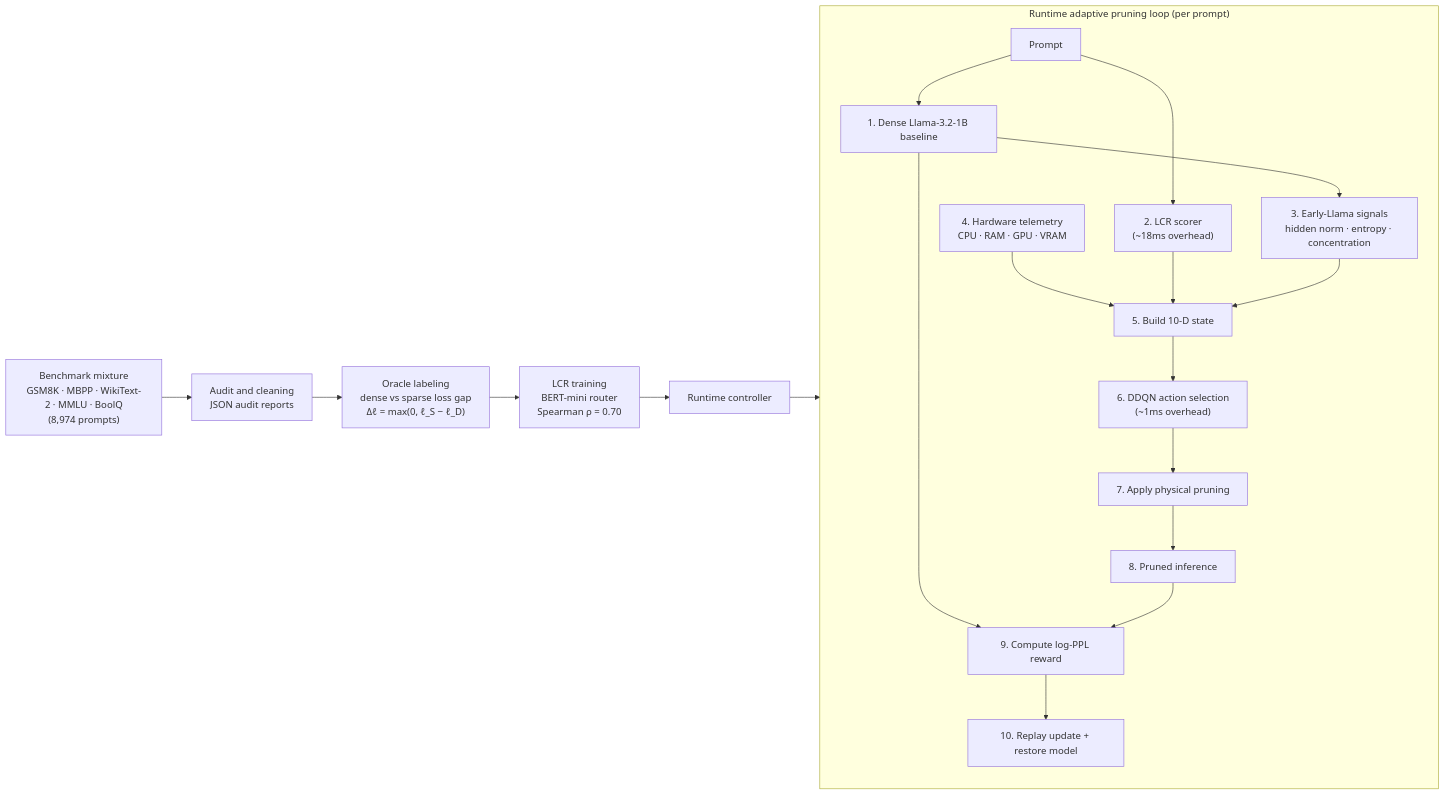
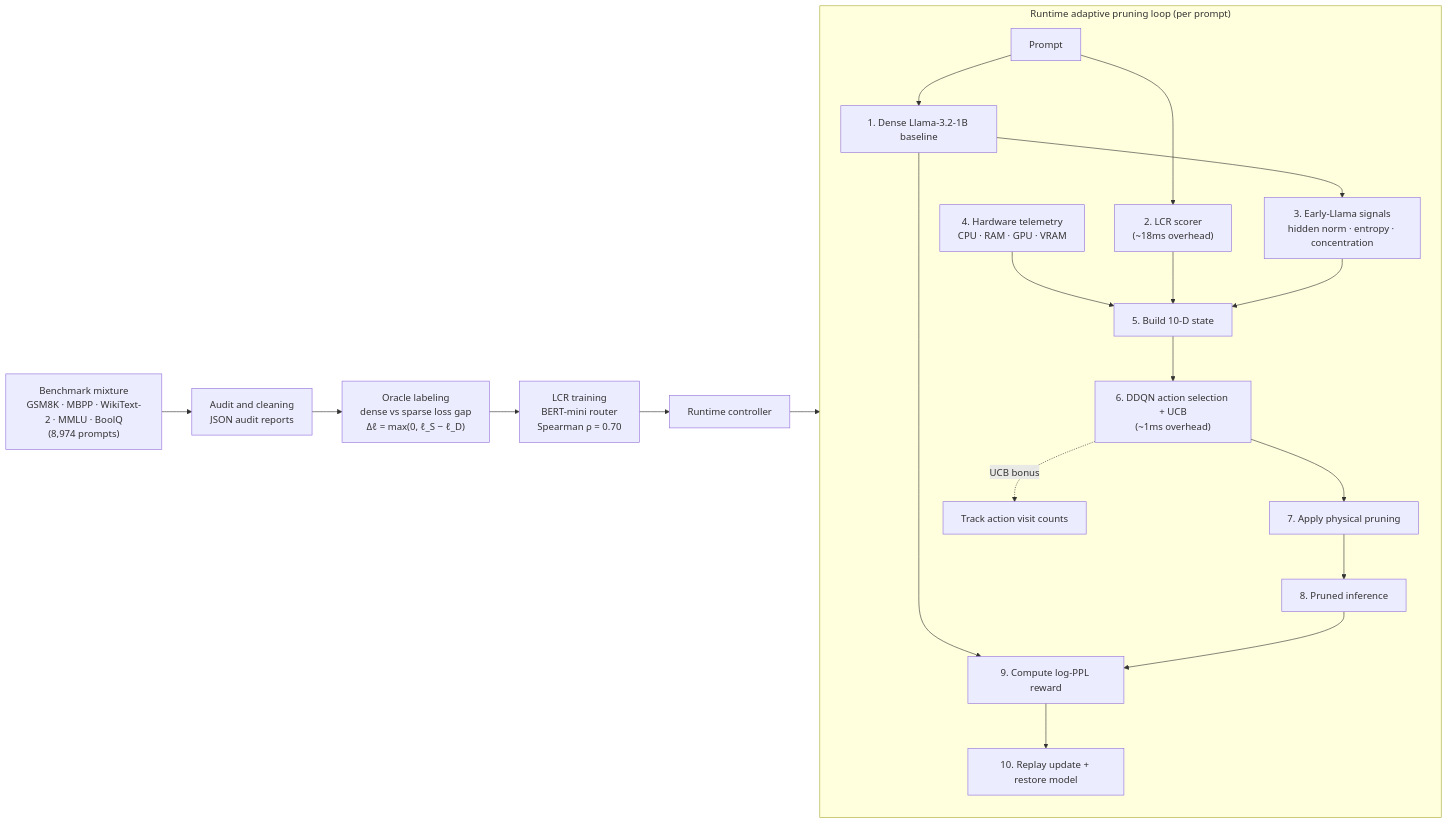
The fourth of 7 diagrams in README.md (asief-iqbal/Thesis), drawn with Mermaid before and after one commit. The commit also changed other lines of this file and 1 other file, not shown here.

First line of the commit message:
Improve RL exploration, expand action space, fix optimization bugs

````diff
--- a/README.md
+++ b/README.md
@@ -362,25 +366,26 @@
 ```mermaid
 flowchart LR
     A["Benchmark mixture<br/>GSM8K · MBPP · WikiText-2 · MMLU · BoolQ<br/>(8,974 prompts)"] --> B["Audit and cleaning<br/>JSON audit reports"]
     B --> C["Oracle labeling<br/>dense vs sparse loss gap<br/>Δℓ = max(0, ℓ_S − ℓ_D)"]
     C --> D["LCR training<br/>BERT-mini router<br/>Spearman ρ = 0.70"]
     D --> E[Runtime controller]
 
     subgraph Runtime ["Runtime adaptive pruning loop (per prompt)"]
         direction TB
         F[Prompt] --> G["1. Dense Llama-3.2-1B baseline"]
         F --> H["2. LCR scorer<br/>(~18ms overhead)"]
         G --> I["3. Early-Llama signals<br/>hidden norm · entropy · concentration"]
         J["4. Hardware telemetry<br/>CPU · RAM · GPU · VRAM"] --> K["5. Build 10-D state"]
         H --> K
         I --> K
-        K --> L["6. DDQN action selection<br/>(~1ms overhead)"]
+        K --> L["6. DDQN action selection + UCB<br/>(~1ms overhead)"]
         L --> M["7. Apply physical pruning"]
         M --> N["8. Pruned inference"]
         G --> P["9. Compute log-PPL reward"]
         N --> P
         P --> Q["10. Replay update + restore model"]
+        L -.->|UCB bonus| F2["Track action visit counts"]
     end
 
     E --> Runtime
 ```
````
